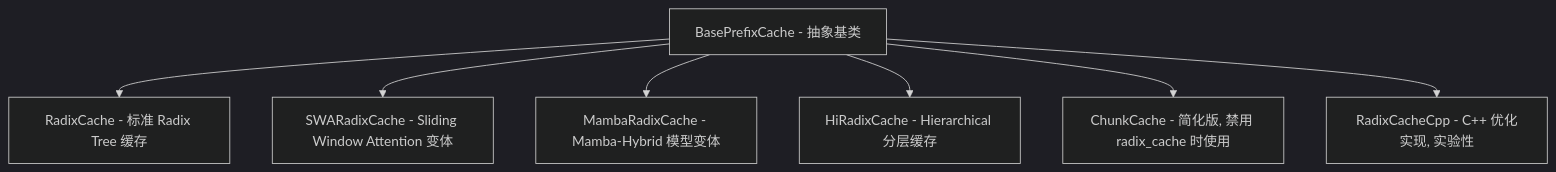
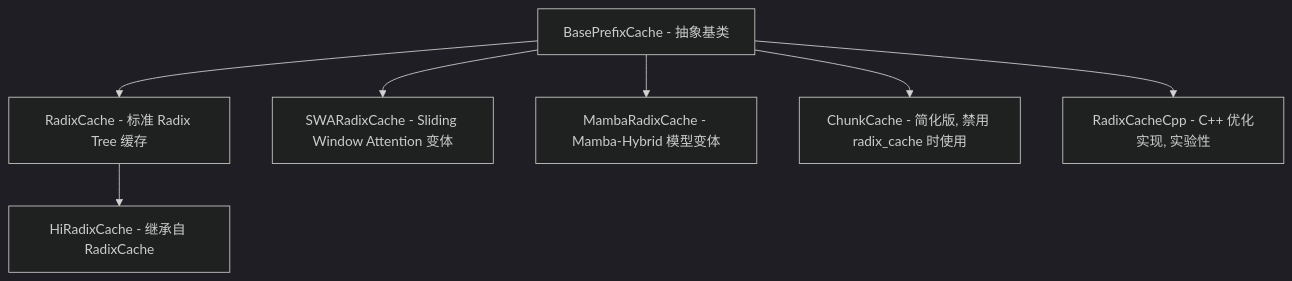
The second of 19 diagrams in SGLang/07-radix-cache.md (wesleyck/AIInfraNotes), drawn with Mermaid (dark theme) before and after one commit. The commit also changed other lines of this file and 26 other files, not shown here.

````diff
--- a/SGLang/07-radix-cache.md
+++ b/SGLang/07-radix-cache.md
@@ -41,10 +41,10 @@
 ```mermaid
 flowchart TD
     Base["BasePrefixCache - 抽象基类"]
     Base --> RC["RadixCache - 标准 Radix Tree 缓存"]
     Base --> SWA["SWARadixCache - Sliding Window Attention 变体"]
     Base --> Mamba["MambaRadixCache - Mamba-Hybrid 模型变体"]
-    Base --> Hi["HiRadixCache - Hierarchical 分层缓存"]
+    RC --> Hi["HiRadixCache - 继承自 RadixCache"]
     Base --> Chunk["ChunkCache - 简化版, 禁用 radix_cache 时使用"]
     Base --> Cpp["RadixCacheCpp - C++ 优化实现, 实验性"]
 ```
````
